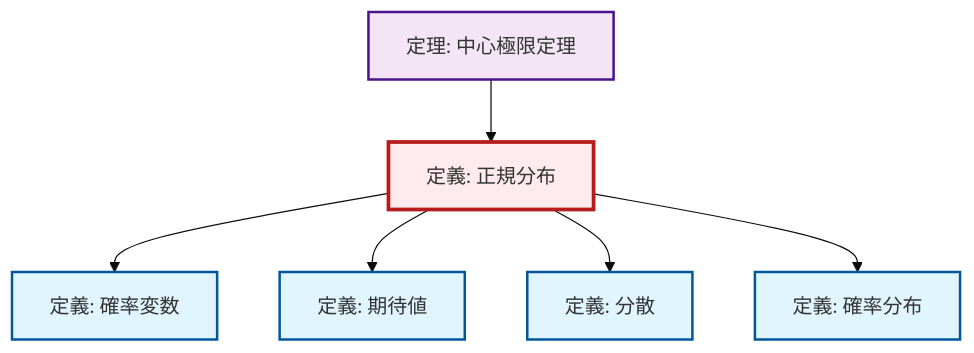
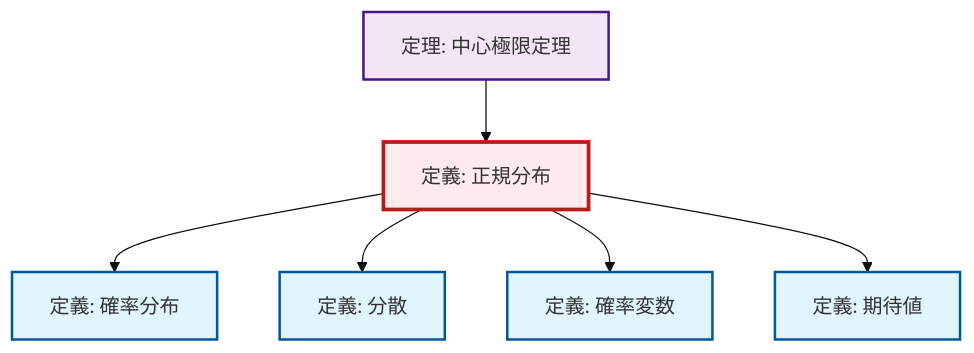
The diagram in content/ja/probability-statistics/def-normal-distribution.qmd (RK0429/ModernMath), drawn with Mermaid (base theme) before and after one commit. The commit also changed other lines of this file and 1012 other files, not shown here.

````diff
--- a/content/ja/probability-statistics/def-normal-distribution.qmd
+++ b/content/ja/probability-statistics/def-normal-distribution.qmd
@@ -130,26 +130,26 @@
 ```{mermaid}
 %%| fig-cap: "Local dependency graph"
 graph TD
     classDef definition fill:#e1f5fe,stroke:#01579b,stroke-width:2px
     classDef theorem fill:#f3e5f5,stroke:#4a148c,stroke-width:2px
     classDef axiom fill:#fff3e0,stroke:#e65100,stroke-width:2px
     classDef example fill:#e8f5e9,stroke:#1b5e20,stroke-width:2px
     classDef current fill:#ffebee,stroke:#b71c1c,stroke-width:3px
+    def-probability-distribution["定義: 確率分布"]:::definition
     def-expectation["定義: 期待値"]:::definition
+    def-random-variable["定義: 確率変数"]:::definition
+    def-normal-distribution["定義: 正規分布"]:::definition
     thm-central-limit["定理: 中心極限定理"]:::theorem
-    def-random-variable["定義: 確率変数"]:::definition
     def-variance["定義: 分散"]:::definition
-    def-probability-distribution["定義: 確率分布"]:::definition
-    def-normal-distribution["定義: 正規分布"]:::definition
+    def-normal-distribution --> def-probability-distribution
+    def-normal-distribution --> def-variance
     def-normal-distribution --> def-random-variable
     def-normal-distribution --> def-expectation
-    def-normal-distribution --> def-variance
-    def-normal-distribution --> def-probability-distribution
     thm-central-limit --> def-normal-distribution
     class def-normal-distribution current
+    click def-probability-distribution "def-probability-distribution.html" "確率分布の定義へ"
     click def-expectation "def-expectation.html" "期待値の定義へ"
+    click def-random-variable "def-random-variable.html" "確率変数の定義へ"
     click thm-central-limit "thm-central-limit.html" "中心極限定理の定理へ"
-    click def-random-variable "def-random-variable.html" "確率変数の定義へ"
     click def-variance "def-variance.html" "分散の定義へ"
-    click def-probability-distribution "def-probability-distribution.html" "確率分布の定義へ"
 ```
````
